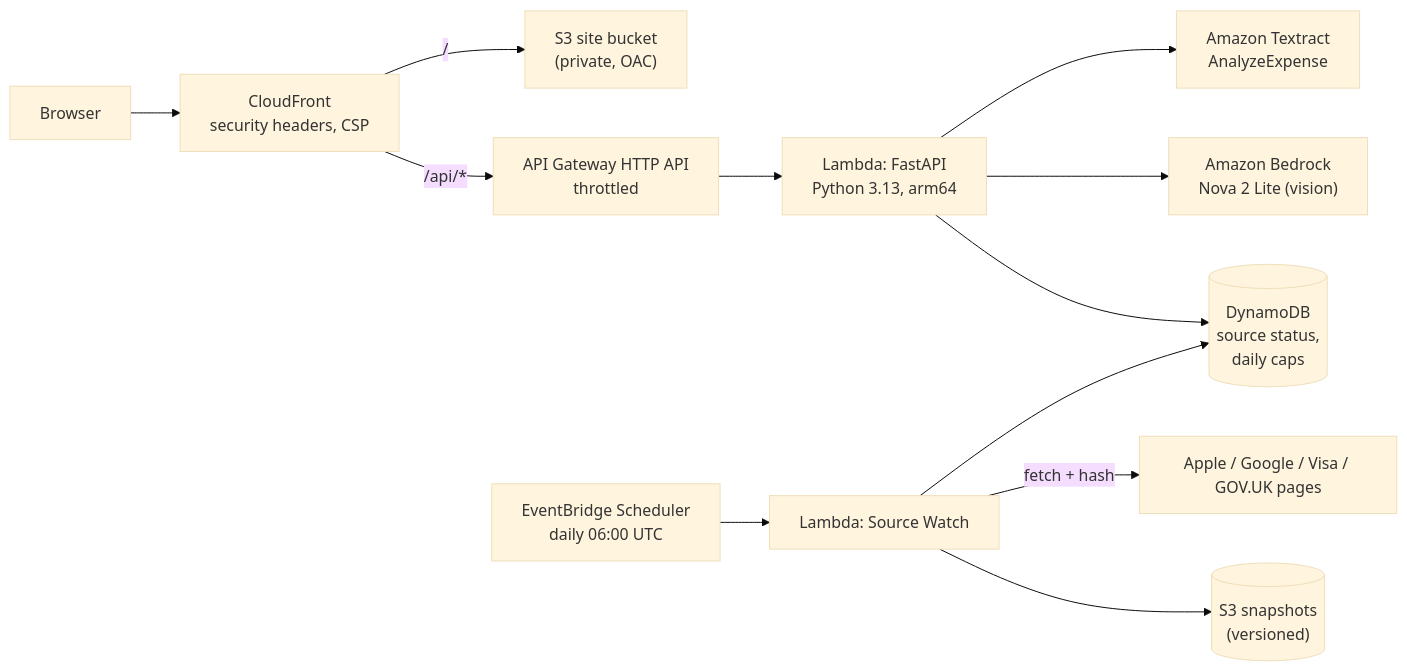
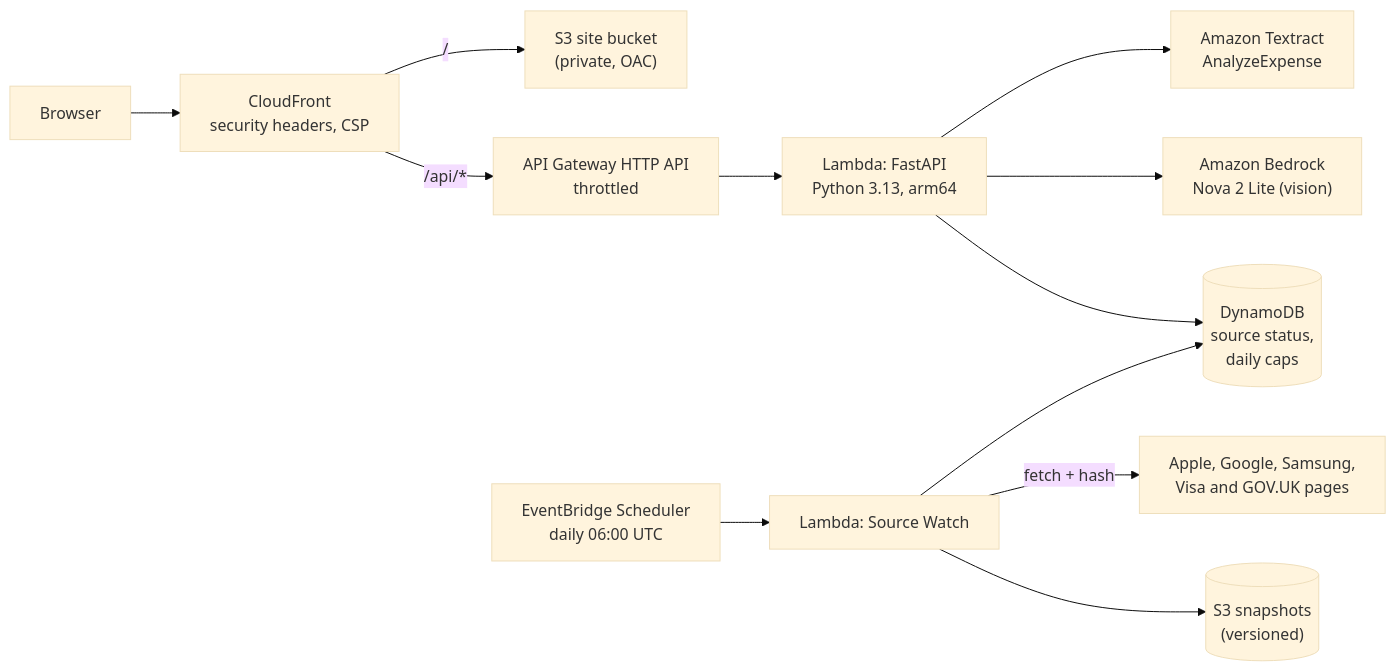
Before and after one commit to Extraordinarytechy/remedy-ai: the diagram in README.md, drawn with Mermaid (base theme). The commit also changed other lines of this file and 18 other files, not shown here.

````diff
--- a/README.md
+++ b/README.md
@@ -65,14 +66,14 @@
 ```mermaid
 flowchart LR
     U["Browser"] --> CF["CloudFront<br/>security headers, CSP"]
     CF -->|"/"| S3["S3 site bucket<br/>(private, OAC)"]
     CF -->|"/api/*"| API["API Gateway HTTP API<br/>throttled"]
     API --> L["Lambda: FastAPI<br/>Python 3.13, arm64"]
     L --> TX["Amazon Textract<br/>AnalyzeExpense"]
     L --> BR["Amazon Bedrock<br/>Nova 2 Lite (vision)"]
     L --> DDB[("DynamoDB<br/>source status,<br/>daily caps")]
     SCH["EventBridge Scheduler<br/>daily 06:00 UTC"] --> SW["Lambda: Source Watch"]
-    SW -->|"fetch + hash"| SRC["Apple / Google / Visa / GOV.UK pages"]
+    SW -->|"fetch + hash"| SRC["Apple, Google, Samsung,<br/>Visa and GOV.UK pages"]
     SW --> DDB
     SW --> SNAP[("S3 snapshots<br/>(versioned)")]
 ```
````
